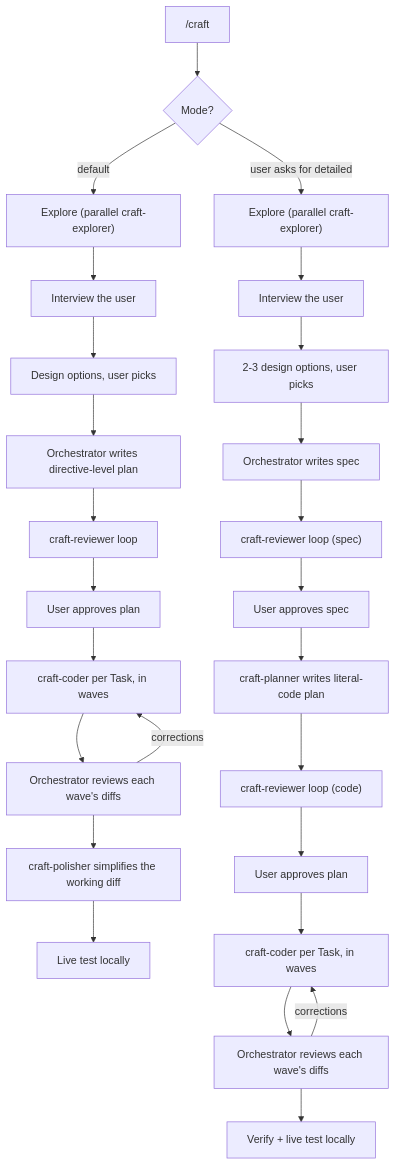
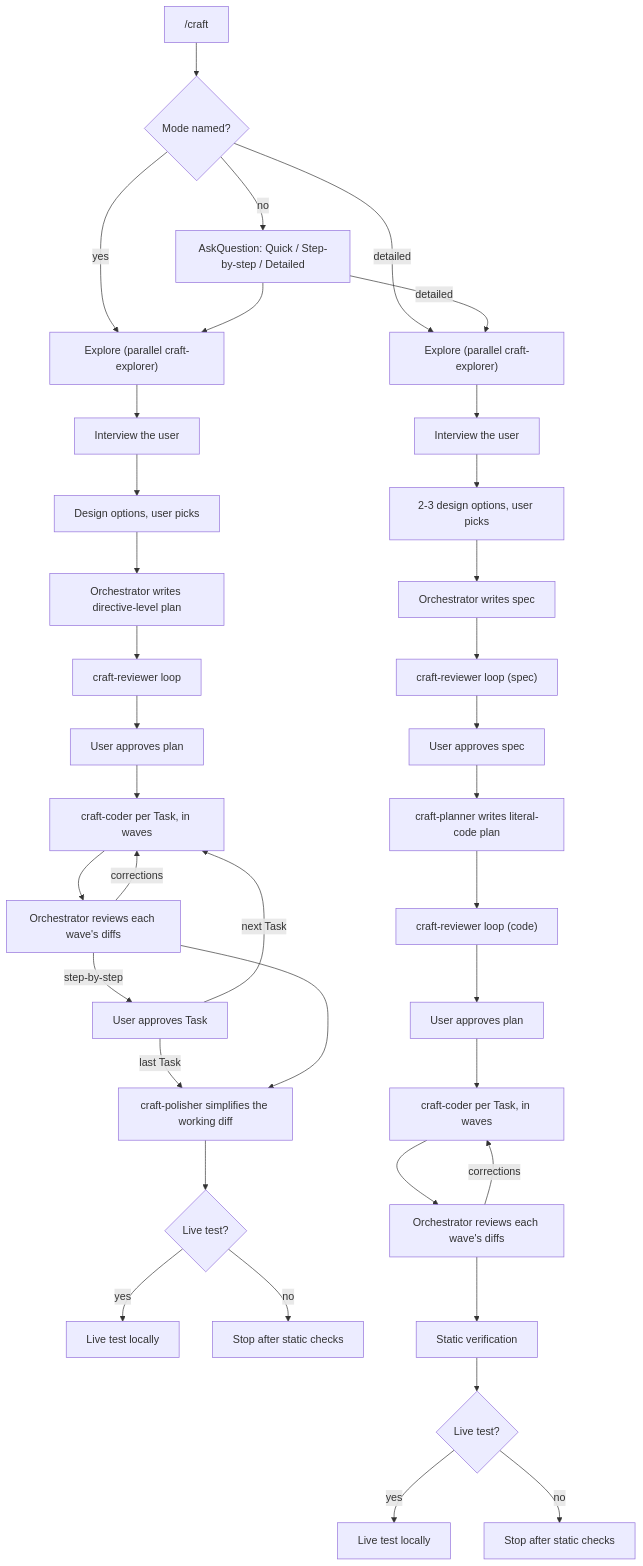
Before and after one commit to AidenHadisi/craft: the diagram in README.md, drawn with Mermaid. The commit also changed other lines of this file and 4 other files, not shown here.

First line of the commit message:
feat: add step-by-step mode and live-test opt-in to craft

````diff
--- a/README.md
+++ b/README.md
@@ -41,29 +44,40 @@
 ```mermaid
 flowchart TD
-    start["/craft"] --> mode{"Mode?"}
-    mode -->|default| qexplore["Explore (parallel craft-explorer)"]
+    start["/craft"] --> mode{"Mode named?"}
+    mode -->|no| ask["AskQuestion: Quick / Step-by-step / Detailed"]
+    mode -->|yes| qexplore["Explore (parallel craft-explorer)"]
+    ask --> qexplore
     qexplore --> qinterview["Interview the user"]
     qinterview --> qdesigns["Design options, user picks"]
     qdesigns --> qplan["Orchestrator writes directive-level plan"]
     qplan --> qplanrev["craft-reviewer loop"]
     qplanrev --> qgate["User approves plan"]
     qgate --> qbuild["craft-coder per Task, in waves"]
     qbuild --> qreview["Orchestrator reviews each wave's diffs"]
     qreview -->|corrections| qbuild
+    qreview -->|step-by-step| sgate["User approves Task"]
+    sgate -->|next Task| qbuild
+    sgate -->|last Task| qpolish
     qreview --> qpolish["craft-polisher simplifies the working diff"]
-    qpolish --> qverify["Live test locally"]
+    qpolish --> qask{"Live test?"}
+    qask -->|yes| qverify["Live test locally"]
+    qask -->|no| qstop["Stop after static checks"]
 
-    mode -->|"user asks for detailed"| dexplore["Explore (parallel craft-explorer)"]
+    mode -->|detailed| dexplore["Explore (parallel craft-explorer)"]
+    ask -->|detailed| dexplore
     dexplore --> interview["Interview the user"]
     interview --> designs["2-3 design options, user picks"]
     designs --> spec["Orchestrator writes spec"]
     spec --> specrev["craft-reviewer loop (spec)"]
     specrev --> specgate["User approves spec"]
     specgate --> planner["craft-planner writes literal-code plan"]
     planner --> coderev["craft-reviewer loop (code)"]
     coderev --> plangate["User approves plan"]
     plangate --> dbuild["craft-coder per Task, in waves"]
     dbuild --> dreview["Orchestrator reviews each wave's diffs"]
     dreview -->|corrections| dbuild
-    dreview --> dverify["Verify + live test locally"]
+    dreview --> dverify["Static verification"]
+    dverify --> dask{"Live test?"}
+    dask -->|yes| dlive["Live test locally"]
+    dask -->|no| dstop["Stop after static checks"]
 ```
````
